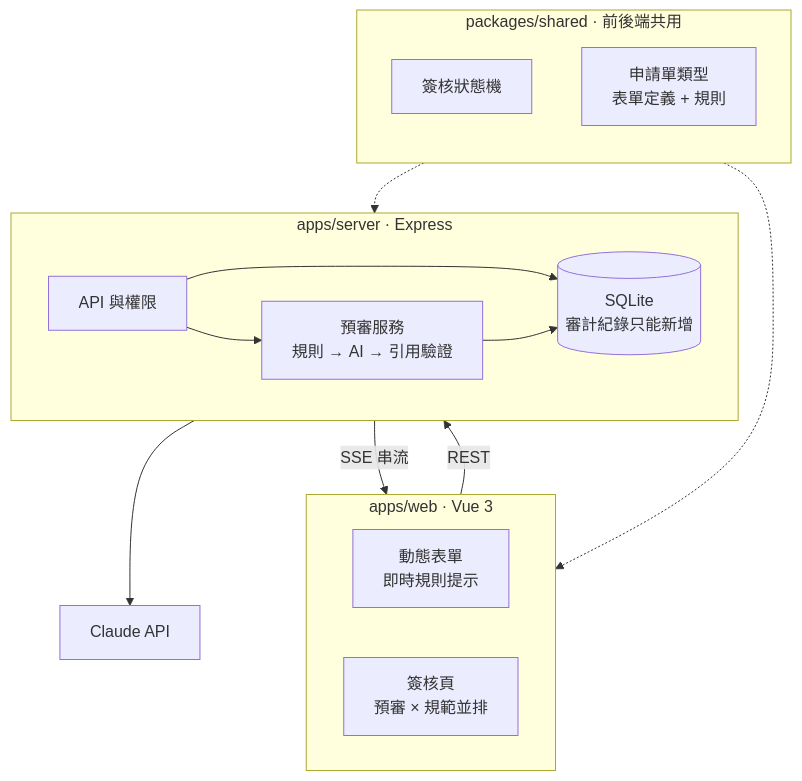
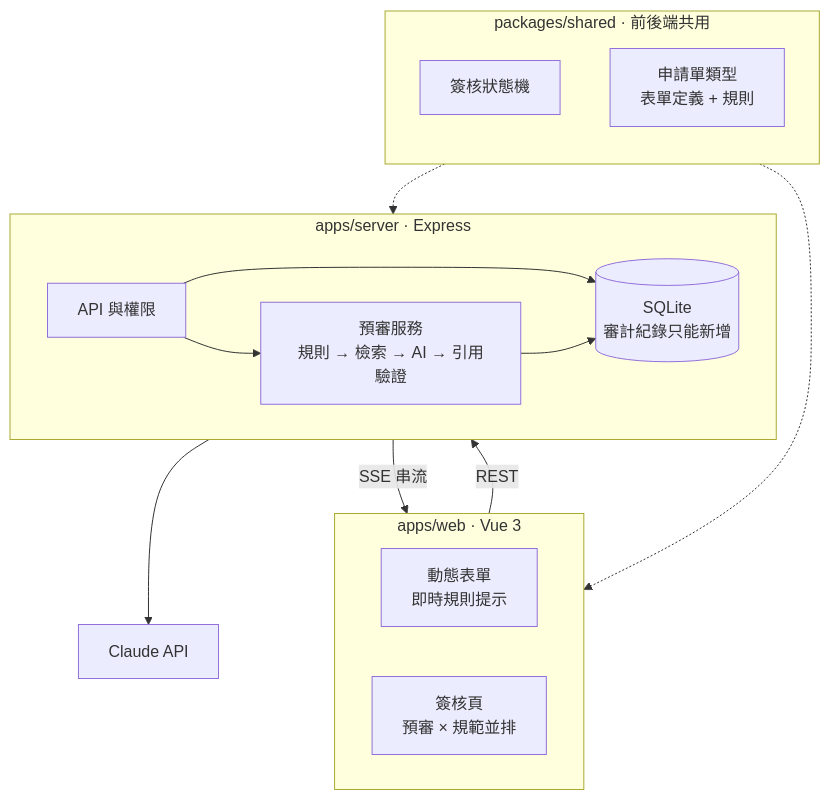
Before and after one commit to livoist/ai-approval: the diagram in README.md, drawn with Mermaid. The commit also changed other lines of this file and 28 other files, not shown here.

````diff
--- a/README.md
+++ b/README.md
@@ -44,32 +46,32 @@
 ```mermaid
 flowchart TB
   subgraph web["apps/web · Vue 3"]
     direction LR
     form["動態表單<br/>即時規則提示"]
     detail["簽核頁<br/>預審 × 規範並排"]
   end
 
   subgraph server["apps/server · Express"]
     direction LR
     api["API 與權限"]
-    review["預審服務<br/>規則 → AI → 引用驗證"]
+    review["預審服務<br/>規則 → 檢索 → AI → 引用驗證"]
     db[("SQLite<br/>審計紀錄只能新增")]
   end
 
   subgraph shared["packages/shared · 前後端共用"]
     direction TB
     machine["簽核狀態機"]
     forms["申請單類型<br/>表單定義 + 規則"]
   end
 
   claude["Claude API"]
 
   form -- "REST" --> api
   review -- "SSE 串流" --> detail
   api --> review
   api --> db
   review --> db
   review --> claude
   shared -.-> web
   shared -.-> server
 ```
````
